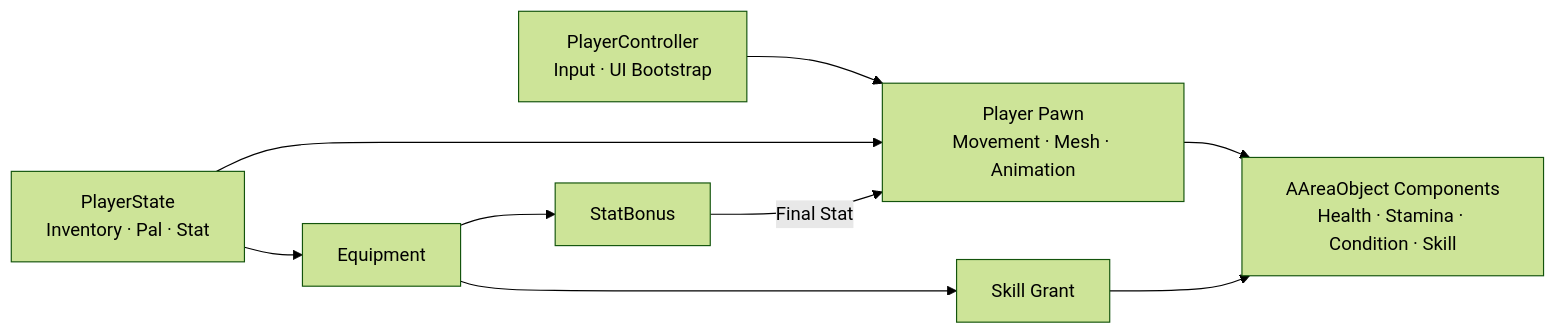
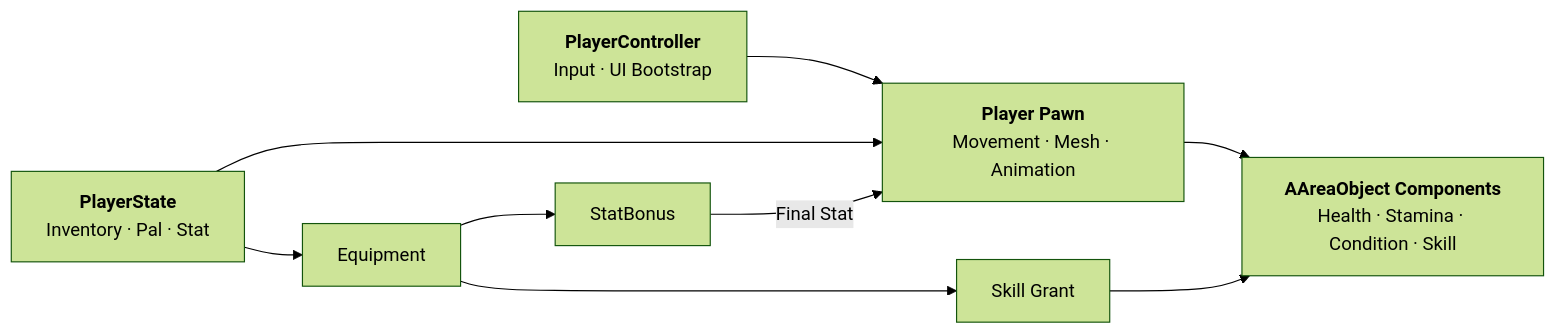
Before and after one commit to chungheonLee0325/Sonheim: the diagram in Doc/Wiki/04_Player_Character_Systems.md, drawn with Mermaid (forest theme).

Commit message:
docs: standardize diagram labels and ui document title

```diff
--- a/Doc/Wiki/04_Player_Character_Systems.md
+++ b/Doc/Wiki/04_Player_Character_Systems.md
@@ -16,21 +16,21 @@
 ~~~mermaid
 flowchart LR
-    INPUT["PlayerController<br/>Input · UI Bootstrap"]
-    PS["PlayerState<br/>Inventory · Pal · Stat"]
-    PAWN["Player Pawn<br/>Movement · Mesh · Animation"]
-    AREA["AAreaObject Components<br/>Health · Stamina · Condition · Skill"]
+    INPUT["<b>PlayerController</b><br/>Input · UI Bootstrap"]
+    PS["<b>PlayerState</b><br/>Inventory · Pal · Stat"]
+    PAWN["<b>Player Pawn</b><br/>Movement · Mesh · Animation"]
+    AREA["<b>AAreaObject Components</b><br/>Health · Stamina · Condition · Skill"]
 
     EQUIP["Equipment"]
     BONUS["StatBonus"]
     SKILL["Skill Grant"]
 
     INPUT --> PAWN
     PS --> PAWN
     PAWN --> AREA
 
     PS --> EQUIP
     EQUIP --> BONUS
     EQUIP --> SKILL
     BONUS -->|"Final Stat"| PAWN
     SKILL --> AREA
 ~~~
```
